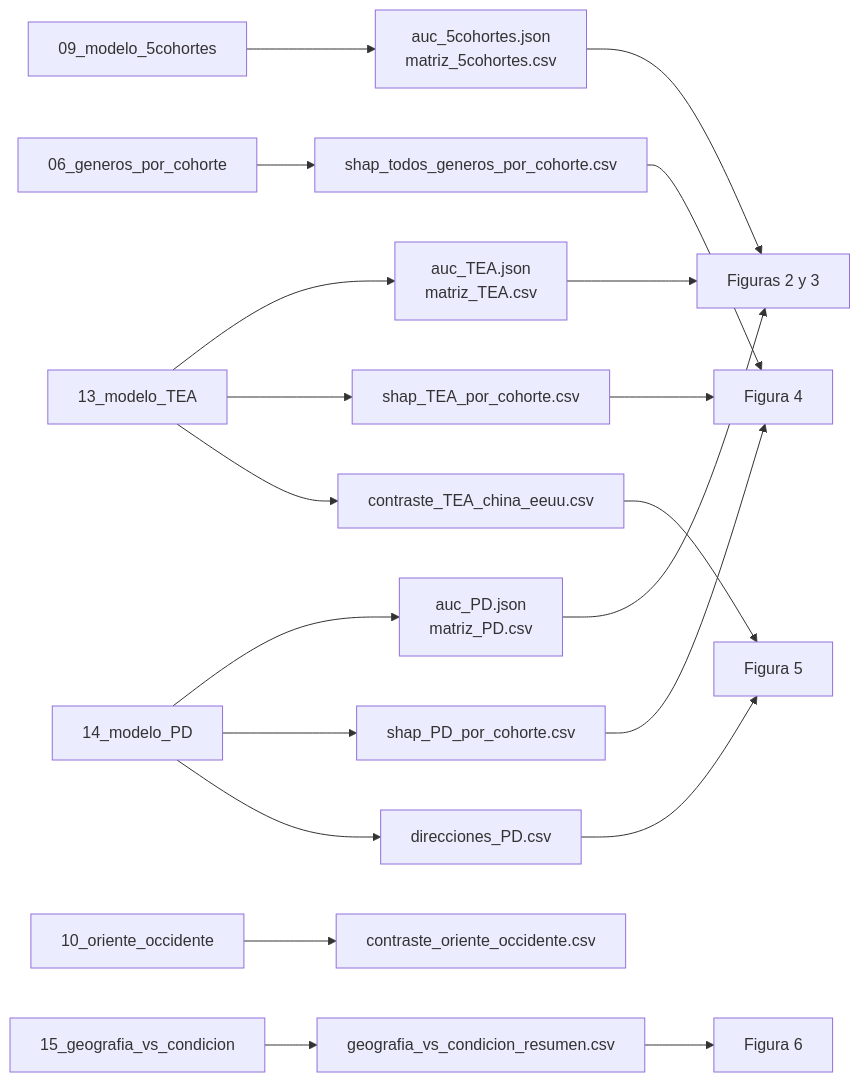
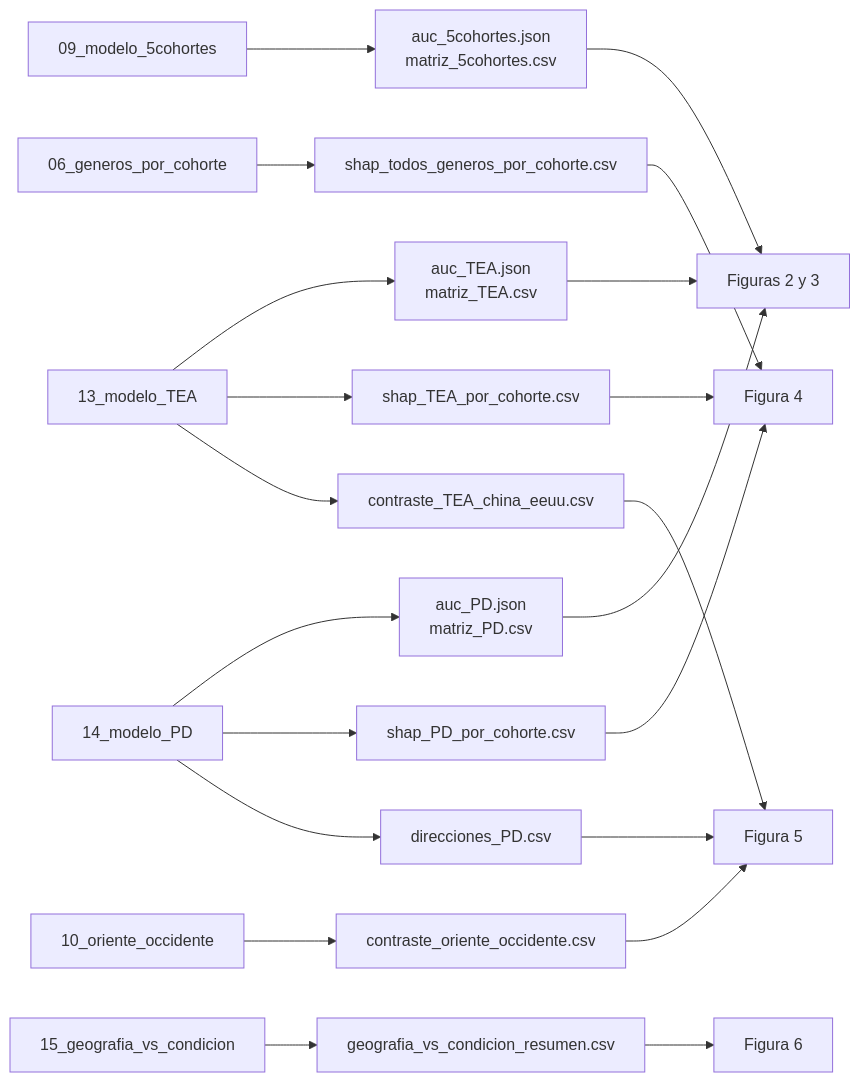
Before and after one commit to jtellolatam/microbiome-radar-geographic-heterogeneity: the second of 2 diagrams in README.md, drawn with Mermaid. The commit also changed other lines of this file, not shown here.

First line of the commit message:
Fix figure references and clarify script behavior

````diff
--- a/README.md
+++ b/README.md
@@ -336,22 +336,23 @@
 ```mermaid
 flowchart LR
     S09["09_modelo_5cohortes"] --> A1["auc_5cohortes.json<br/>matriz_5cohortes.csv"]
     S13["13_modelo_TEA"] --> A2["auc_TEA.json<br/>matriz_TEA.csv"]
     S14["14_modelo_PD"] --> A3["auc_PD.json<br/>matriz_PD.csv"]
     S06["06_generos_por_cohorte"] --> B1["shap_todos_generos_por_cohorte.csv"]
     S13 --> B2["shap_TEA_por_cohorte.csv"]
     S14 --> B3["shap_PD_por_cohorte.csv"]
     S10["10_oriente_occidente"] --> C1["contraste_oriente_occidente.csv"]
     S13 --> C2["contraste_TEA_china_eeuu.csv"]
     S14 --> C3["direcciones_PD.csv"]
     S15["15_geografia_vs_condicion"] --> D1["geografia_vs_condicion_resumen.csv"]
     A1 --> F2["Figuras 2 y 3"]
     A2 --> F2
     A3 --> F2
     B1 --> F4["Figura 4"]
     B2 --> F4
     B3 --> F4
-    C2 --> F5["Figura 5"]
+    C1 --> F5["Figura 5"]
+    C2 --> F5
     C3 --> F5
     D1 --> F6["Figura 6"]
 ```
````
